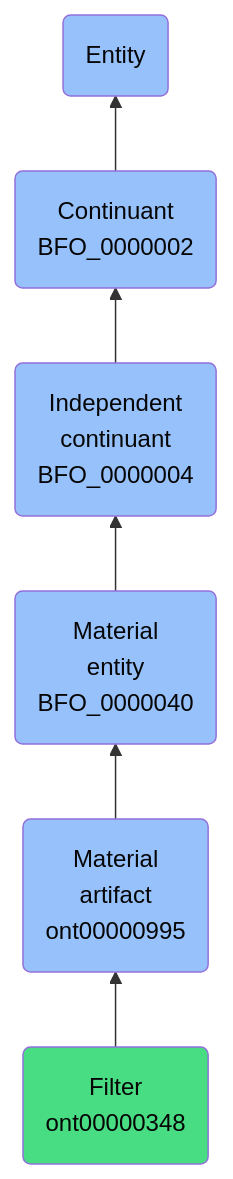
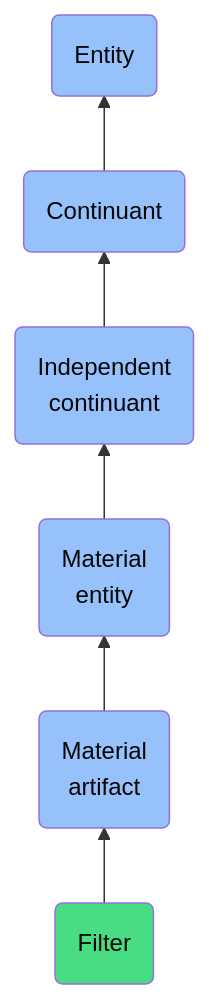
The diagram in docs/ontology/reference/model/Entity/Continuant/Independent continuant/Material entity/Material artifact/Filter/Filter.md (jupyter-naas/abi), drawn with Mermaid before and after one commit. The commit also changed other lines of this file and 1430 other files, not shown here.

````diff
--- a/docs/ontology/reference/model/Entity/Continuant/Independent continuant/Material entity/Material artifact/Filter/Filter.md
+++ b/docs/ontology/reference/model/Entity/Continuant/Independent continuant/Material entity/Material artifact/Filter/Filter.md
@@ -24,13 +24,13 @@
 ```mermaid
 graph BT
-    ont00000348(Filter<br>ont00000348):::ABI-->ont00000995
-    ont00000995(Material<br>artifact<br>ont00000995):::BFO-->BFO_0000040
-    BFO_0000040(Material<br>entity<br>BFO_0000040):::BFO-->BFO_0000004
-    BFO_0000004(Independent<br>continuant<br>BFO_0000004):::BFO-->BFO_0000002
-    BFO_0000002(Continuant<br>BFO_0000002):::BFO-->BFO_0000001
+    ont00000348(Filter):::ABI-->ont00000995
+    ont00000995(Material<br>artifact):::BFO-->BFO_0000040
+    BFO_0000040(Material<br>entity):::BFO-->BFO_0000004
+    BFO_0000004(Independent<br>continuant):::BFO-->BFO_0000002
+    BFO_0000002(Continuant):::BFO-->BFO_0000001
     BFO_0000001(Entity):::BFO
     
     classDef BFO fill:#97c1fb,color:#060606
     classDef CCO fill:#e4c51e,color:#060606
     classDef ABI fill:#48DD82,color:#060606
 ```
````
